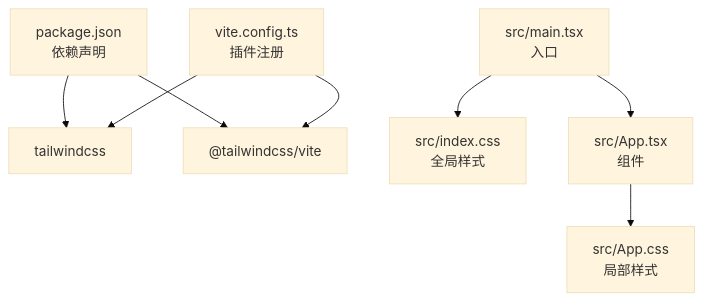
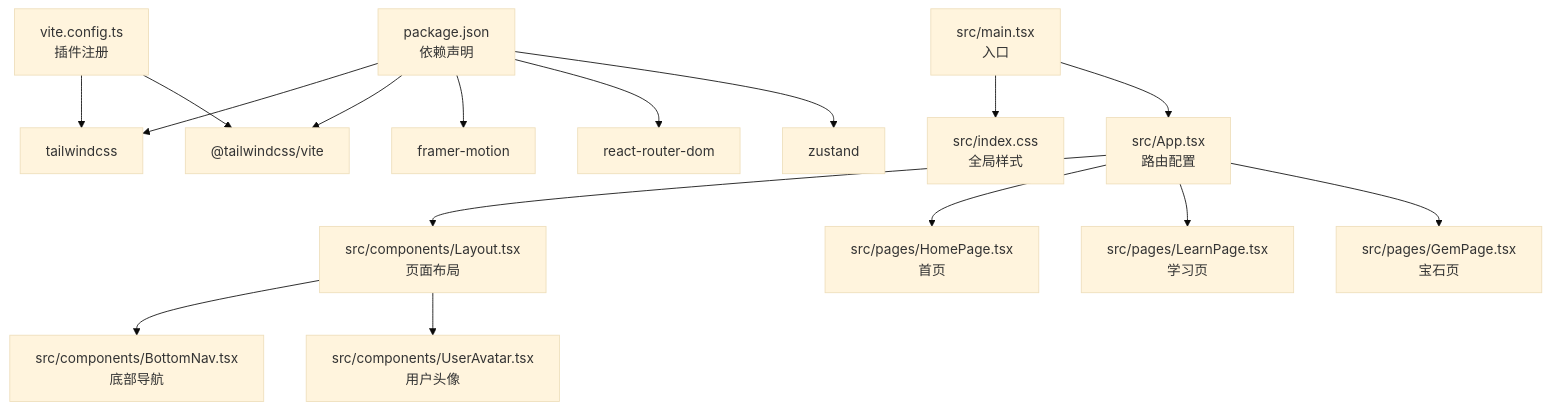
One commit to wudeng2005/rainbow-learning changed the eighth of 8 diagrams in .qoder/repowiki/zh/content/样式系统.md. Above: the diagram before and after it, drawn with Mermaid (base theme). The commit also changed other lines of this file and 55 other files, not shown here.

````diff
--- a/.qoder/repowiki/zh/content/样式系统.md
+++ b/.qoder/repowiki/zh/content/样式系统.md
@@ -262,10 +326,18 @@
 ```mermaid
 graph TB
 Pkg["package.json<br/>依赖声明"] --> TW["tailwindcss"]
 Pkg --> TV["@tailwindcss/vite"]
+Pkg --> FR["framer-motion"]
+Pkg --> RR["react-router-dom"]
+Pkg --> ZU["zustand"]
 VC["vite.config.ts<br/>插件注册"] --> TW
 VC --> TV
 Main["src/main.tsx<br/>入口"] --> IDX["src/index.css<br/>全局样式"]
-Main --> APP["src/App.tsx<br/>组件"]
-APP --> APPCSS["src/App.css<br/>局部样式"]
+Main --> APP["src/App.tsx<br/>路由配置"]
+APP --> LAYOUT["src/components/Layout.tsx<br/>页面布局"]
+LAYOUT --> NAV["src/components/BottomNav.tsx<br/>底部导航"]
+LAYOUT --> AVATAR["src/components/UserAvatar.tsx<br/>用户头像"]
+APP --> HOME["src/pages/HomePage.tsx<br/>首页"]
+APP --> LEARN["src/pages/LearnPage.tsx<br/>学习页"]
+APP --> GEM["src/pages/GemPage.tsx<br/>宝石页"]
 ```
````
